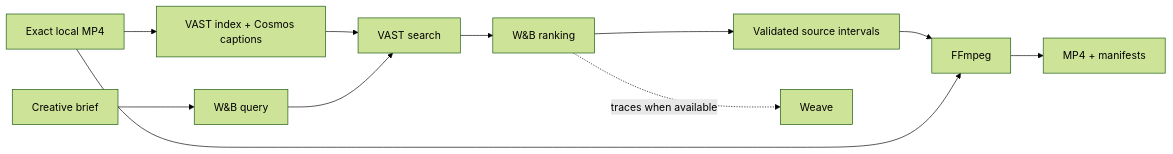
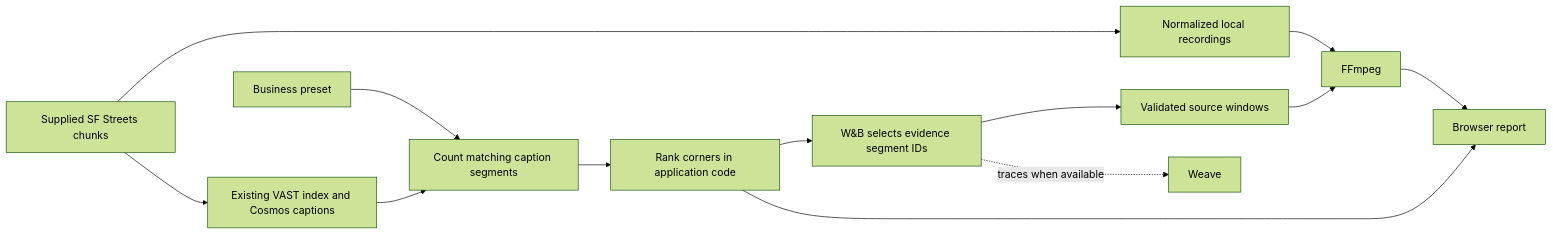
One commit to Kakoedlinnoeslovo/highlight-agent-hack changed the diagram in README.md. Above: the diagram before and after it, drawn with Mermaid (forest theme). The commit also changed other lines of this file and 6 other files, not shown here.

````diff
--- a/README.md
+++ b/README.md
@@ -143,13 +208,15 @@
 ```mermaid
 flowchart LR
-    Source[Exact local MP4] --> Index[VAST index + Cosmos captions]
-    Brief[Creative brief] --> Query[W&B query]
-    Index --> Search[VAST search]
-    Query --> Search
-    Search --> Rank[W&B ranking]
-    Rank --> Plan[Validated source intervals]
+    Dataset[Supplied SF Streets chunks] --> Source[Normalized local recordings]
+    Dataset --> Index[Existing VAST index and Cosmos captions]
+    Business[Business preset] --> Count[Count matching caption segments]
+    Index --> Count
+    Count --> Ranking[Rank corners in application code]
+    Ranking --> Pick[W&B selects evidence segment IDs]
+    Pick --> Plan[Validated source windows]
+    Source --> Render
     Plan --> Render[FFmpeg]
-    Source --> Render
-    Render --> Reel[MP4 + manifests]
-    Rank -. traces when available .-> Weave[Weave]
+    Ranking --> Report[Browser report]
+    Render --> Report
+    Pick -. traces when available .-> Weave[Weave]
 ```
````
